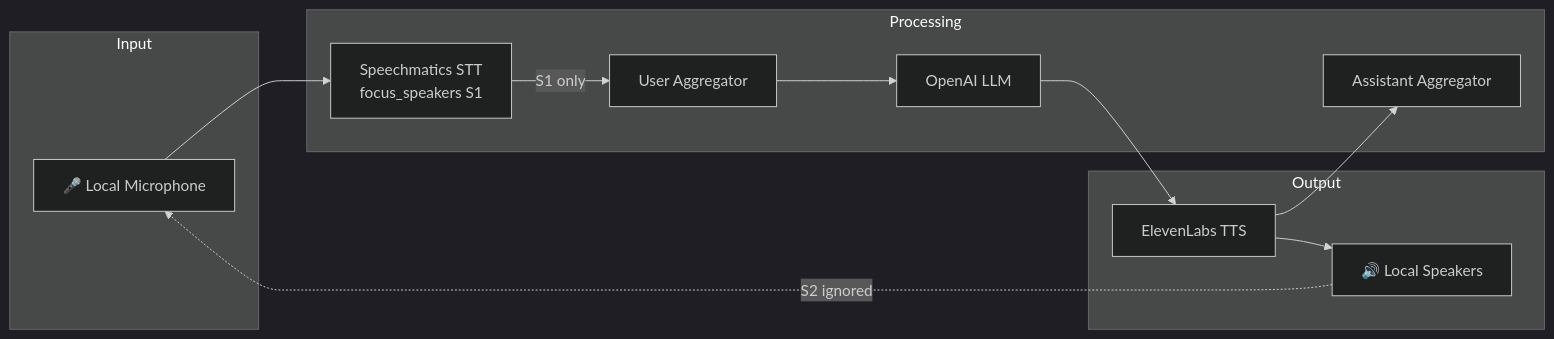
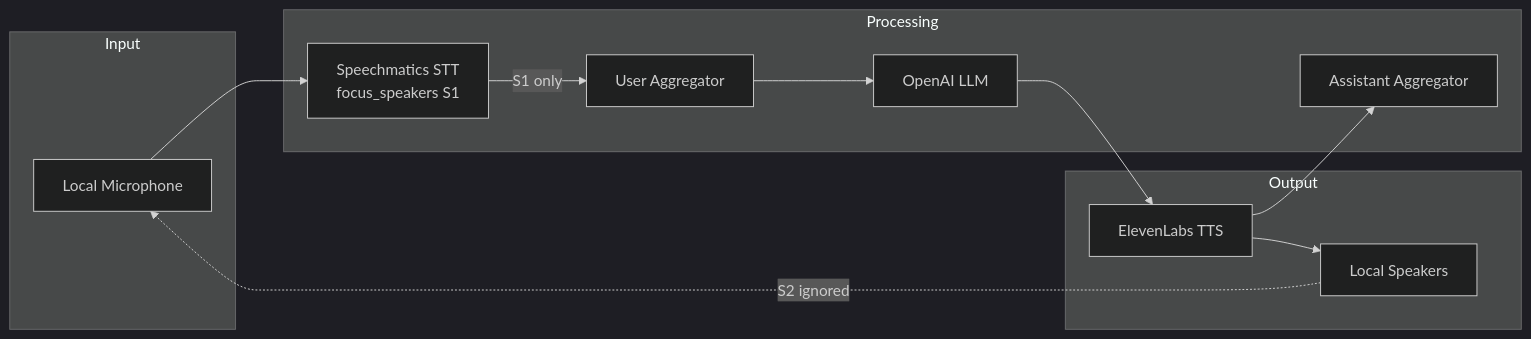
The diagram in integrations/pipecat/01-simple-voice-bot/README.md (speechmatics/speechmatics-academy), drawn with Mermaid (dark theme) before and after one commit.

Commit message:
clean up

````diff
--- a/integrations/pipecat/01-simple-voice-bot/README.md
+++ b/integrations/pipecat/01-simple-voice-bot/README.md
@@ -100,27 +100,27 @@
 ```mermaid
 flowchart LR
     subgraph Input
-        MIC[🎤 Local Microphone]
+        MIC[Local Microphone]
     end
 
     subgraph Processing
         STT[Speechmatics STT<br/>focus_speakers S1]
         UA[User Aggregator]
         LLM[OpenAI LLM]
         AA[Assistant Aggregator]
     end
 
     subgraph Output
         TTS[ElevenLabs TTS]
-        SPK[🔊 Local Speakers]
+        SPK[Local Speakers]
     end
 
     MIC --> STT
     STT -->|S1 only| UA
     UA --> LLM
     LLM --> TTS
     TTS --> SPK
     TTS --> AA
 
     SPK -.->|S2 ignored| MIC
 ```
````
